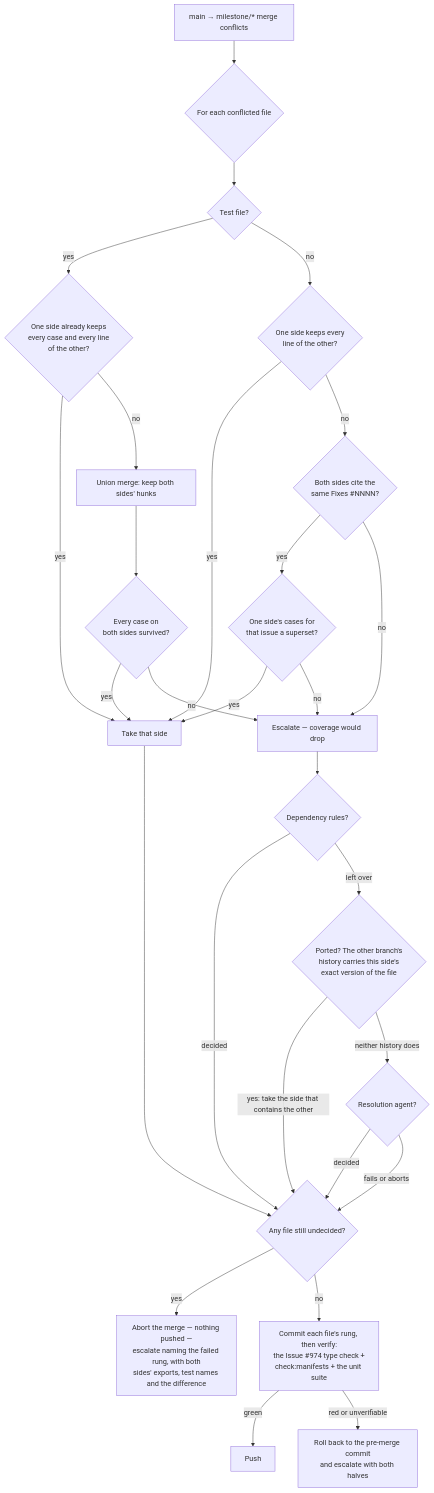
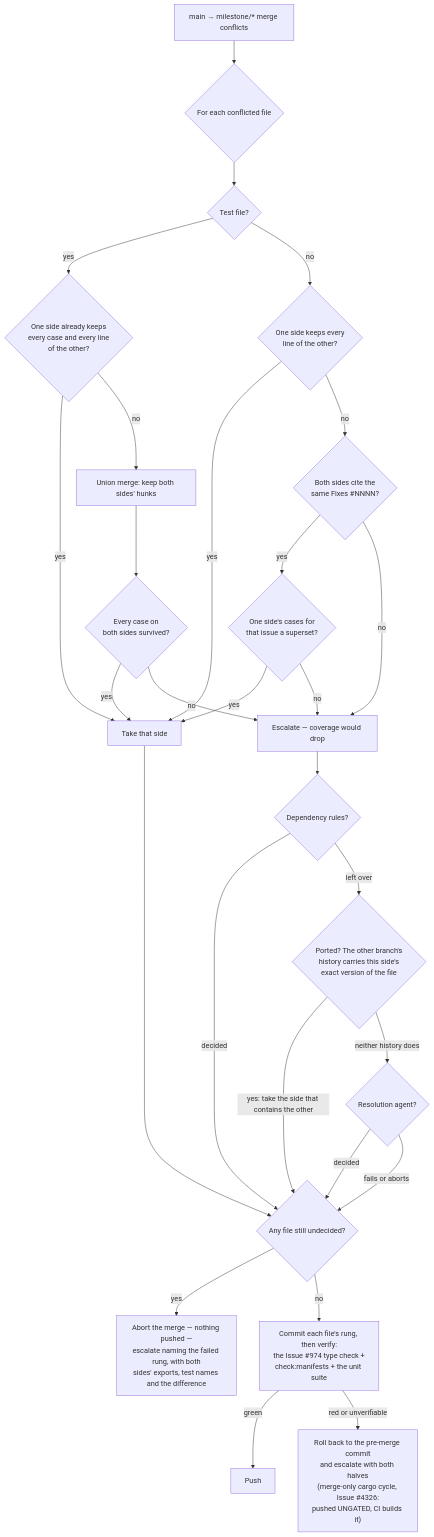
Before and after one commit to stSoftwareAU/VibeCoder: the sixth of 8 diagrams in docs/workflows/milestones.md, drawn with Mermaid. The commit also changed other lines of this file and 22 other files, not shown here.

First line of the commit message:
Issue #4326: land deterministically resolved merge-only conflicts UNGATED, pin the sweep binding and the mutated lines

````diff
--- a/docs/workflows/milestones.md
+++ b/docs/workflows/milestones.md
@@ -355,30 +355,30 @@
 ```mermaid
 flowchart TD
     A["main → milestone/* merge conflicts"] --> B{"For each conflicted file"}
     B --> T{"Test file?"}
     T -- yes --> U{"One side already keeps<br/>every case and every line<br/>of the other?"}
     U -- yes --> K["Take that side"]
     U -- no --> M["Union merge: keep both sides' hunks"]
     M --> N{"Every case on<br/>both sides survived?"}
     N -- yes --> K
     N -- no --> H["Escalate — coverage would drop"]
     T -- no --> F{"One side keeps every<br/>line of the other?"}
     F -- yes --> K
     F -- no --> D{"Both sides cite the<br/>same Fixes #NNNN?"}
     D -- yes --> E{"One side's cases for<br/>that issue a superset?"}
     E -- yes --> K
     E -- no --> H
     D -- no --> H
     K --> G{"Any file still undecided?"}
     H --> RU{"Dependency rules?"}
     RU -- decided --> G
     RU -- "left over" --> PT{"Ported? The other branch's<br/>history carries this side's<br/>exact version of the file"}
     PT -- "yes: take the side that contains the other" --> G
     PT -- "neither history does" --> AG{"Resolution agent?"}
     AG -- decided --> G
     AG -- "fails or aborts" --> G
     G -- yes --> X["Abort the merge — nothing pushed —<br/>escalate naming the failed rung, with both<br/>sides' exports, test names and the difference"]
     G -- no --> V["Commit each file's rung, then verify:<br/>the Issue #974 type check +<br/>check:manifests + the unit suite"]
     V -- green --> P["Push"]
-    V -- red or unverifiable --> R["Roll back to the pre-merge commit<br/>and escalate with both halves"]
+    V -- red or unverifiable --> R["Roll back to the pre-merge commit<br/>and escalate with both halves<br/>(merge-only cargo cycle, Issue #4326:<br/>pushed UNGATED, CI builds it)"]
 ```
````
